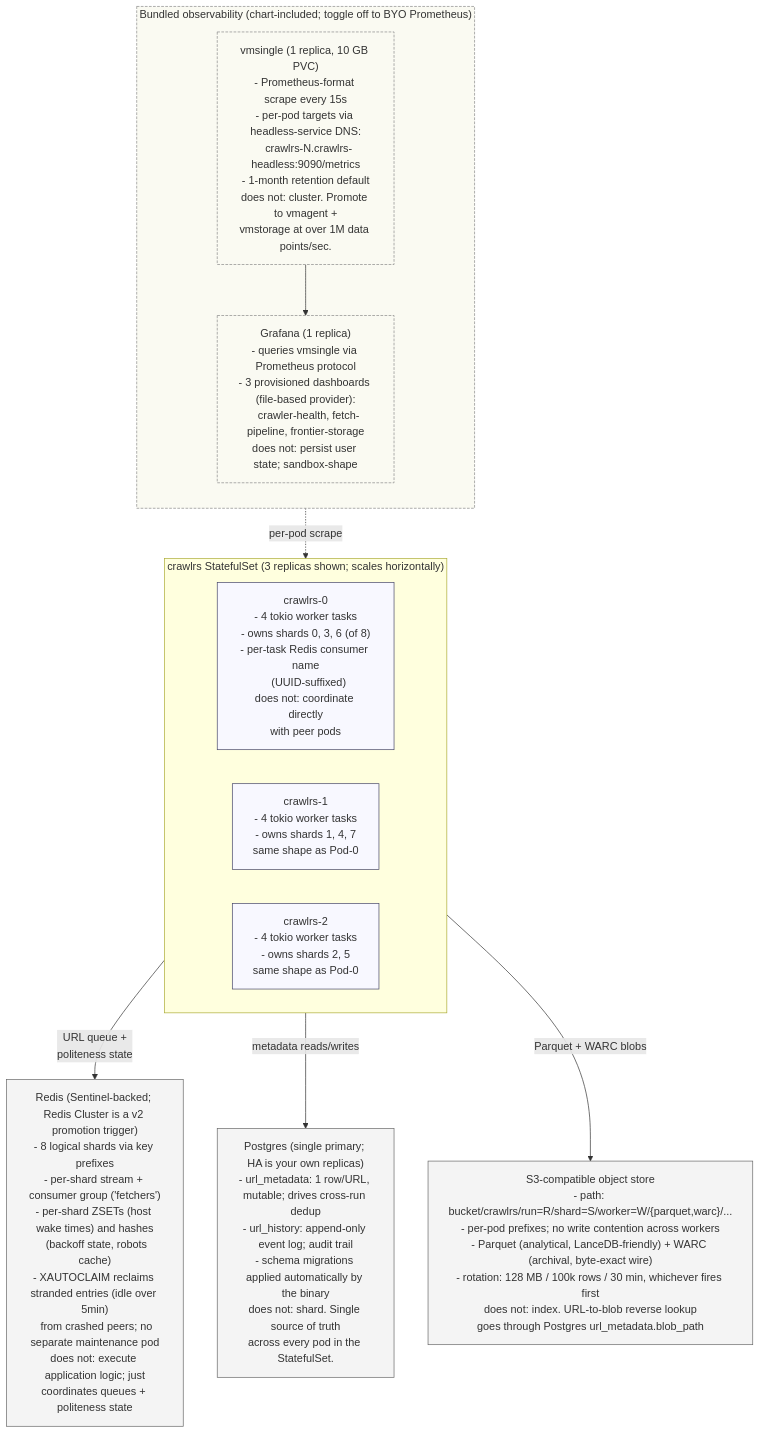
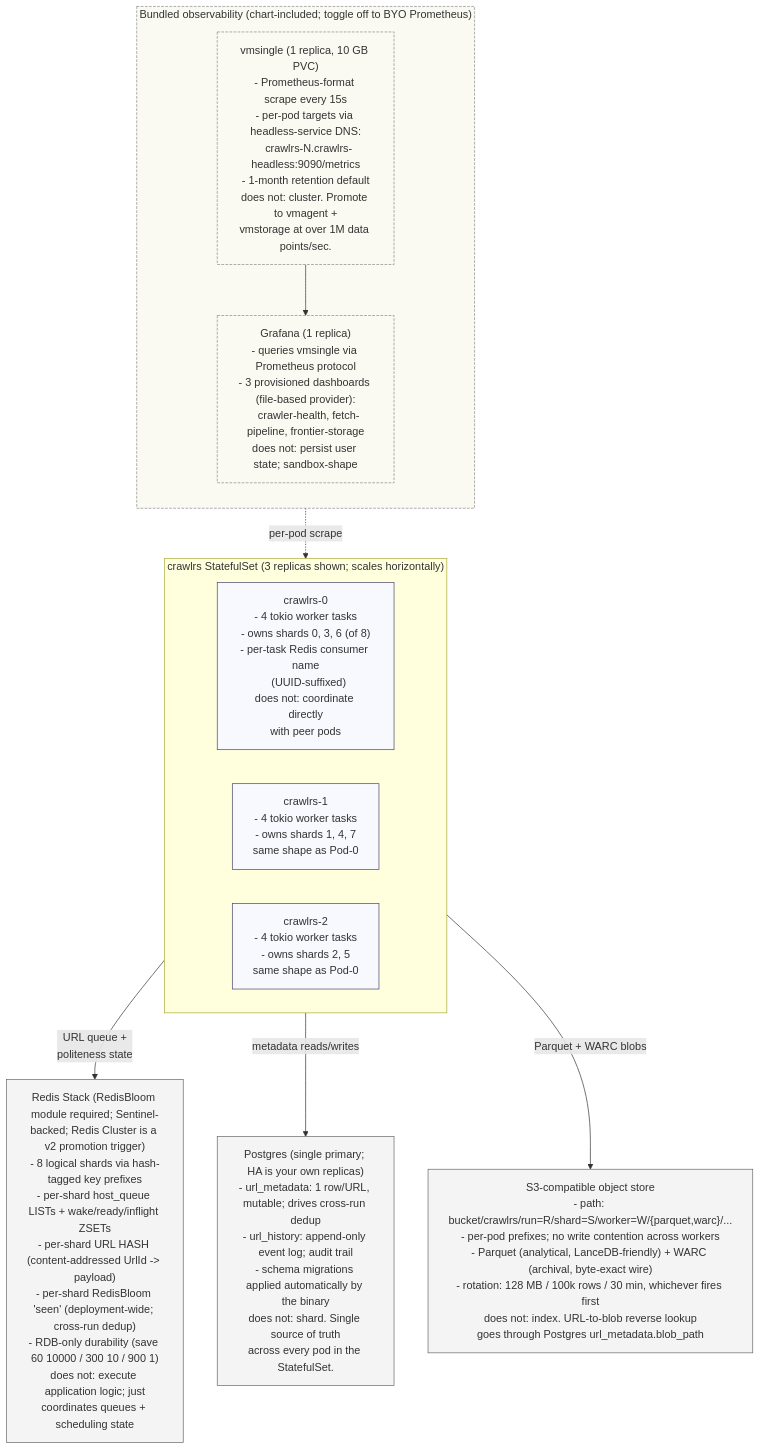
The diagram in README.md (p4r4xor/crawlrs), drawn with Mermaid before and after one commit. The commit also changed other lines of this file and 18 other files, not shown here.

Commit message:
ver.30: updating charts and misc changes

````diff
--- a/README.md
+++ b/README.md
@@ -202,34 +209,34 @@
 ```mermaid
 flowchart TB
     subgraph statefulset ["crawlrs StatefulSet (3 replicas shown; scales horizontally)"]
         direction LR
         Pod0["crawlrs-0\n- 4 tokio worker tasks\n- owns shards 0, 3, 6 (of 8)\n- per-task Redis consumer name\n  (UUID-suffixed)\ndoes not: coordinate directly\nwith peer pods"]
         Pod1["crawlrs-1\n- 4 tokio worker tasks\n- owns shards 1, 4, 7\nsame shape as Pod-0"]
         Pod2["crawlrs-2\n- 4 tokio worker tasks\n- owns shards 2, 5\nsame shape as Pod-0"]
     end
 
-    Redis["Redis (Sentinel-backed; Redis Cluster is a v2 promotion trigger)\n- 8 logical shards via key prefixes\n- per-shard stream + consumer group ('fetchers')\n- per-shard ZSETs (host wake times) and hashes\n  (backoff state, robots cache)\n- XAUTOCLAIM reclaims stranded entries (idle over 5min)\n  from crashed peers; no separate maintenance pod\ndoes not: execute application logic; just\ncoordinates queues + politeness state"]
+    Redis["Redis Stack (RedisBloom module required; Sentinel-backed; Redis Cluster is a v2 promotion trigger)\n- 8 logical shards via hash-tagged key prefixes\n- per-shard host_queue LISTs + wake/ready/inflight ZSETs\n- per-shard URL HASH (content-addressed UrlId -> payload)\n- per-shard RedisBloom 'seen' (deployment-wide; cross-run dedup)\n- RDB-only durability (save 60 10000 / 300 10 / 900 1)\ndoes not: execute application logic; just\ncoordinates queues + scheduling state"]
 
     Postgres["Postgres (single primary; HA is your own replicas)\n- url_metadata: 1 row/URL, mutable; drives cross-run dedup\n- url_history: append-only event log; audit trail\n- schema migrations applied automatically by the binary\ndoes not: shard. Single source of truth\nacross every pod in the StatefulSet."]
 
     S3["S3-compatible object store\n- path: bucket/crawlrs/run=R/shard=S/worker=W/{parquet,warc}/...\n- per-pod prefixes; no write contention across workers\n- Parquet (analytical, LanceDB-friendly) + WARC (archival, byte-exact wire)\n- rotation: 128 MB / 100k rows / 30 min, whichever fires first\ndoes not: index. URL-to-blob reverse lookup\ngoes through Postgres url_metadata.blob_path"]
 
     subgraph o11y ["Bundled observability (chart-included; toggle off to BYO Prometheus)"]
         direction TB
         Vm["vmsingle (1 replica, 10 GB PVC)\n- Prometheus-format scrape every 15s\n- per-pod targets via headless-service DNS:\n  crawlrs-N.crawlrs-headless:9090/metrics\n- 1-month retention default\ndoes not: cluster. Promote to vmagent +\nvmstorage at over 1M data points/sec."]
         Gf["Grafana (1 replica)\n- queries vmsingle via Prometheus protocol\n- 3 provisioned dashboards (file-based provider):\n  crawler-health, fetch-pipeline, frontier-storage\ndoes not: persist user state; sandbox-shape"]
         Vm --> Gf
     end
 
     statefulset -- "URL queue +\npoliteness state" --> Redis
     statefulset -- "metadata reads/writes" --> Postgres
     statefulset -- "Parquet + WARC blobs" --> S3
     Vm -. "per-pod scrape" .-> statefulset
 
     classDef pod fill:#f8f8ff,stroke:#446,stroke-width:1px
     classDef backend fill:#f4f4f4,stroke:#666,stroke-width:1px
     classDef o11ystyle fill:#fafaf2,stroke:#888,stroke-dasharray:4 2
     class Pod0,Pod1,Pod2 pod
     class Redis,Postgres,S3 backend
     class o11y,Vm,Gf o11ystyle
 ```
````
